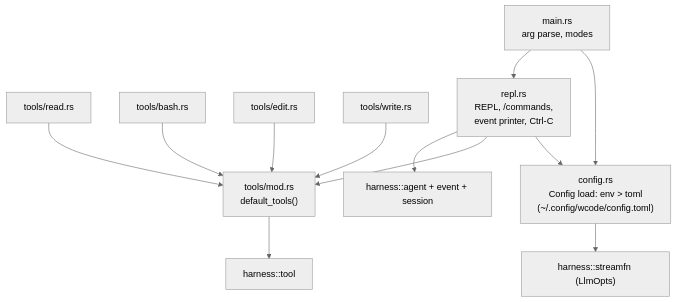
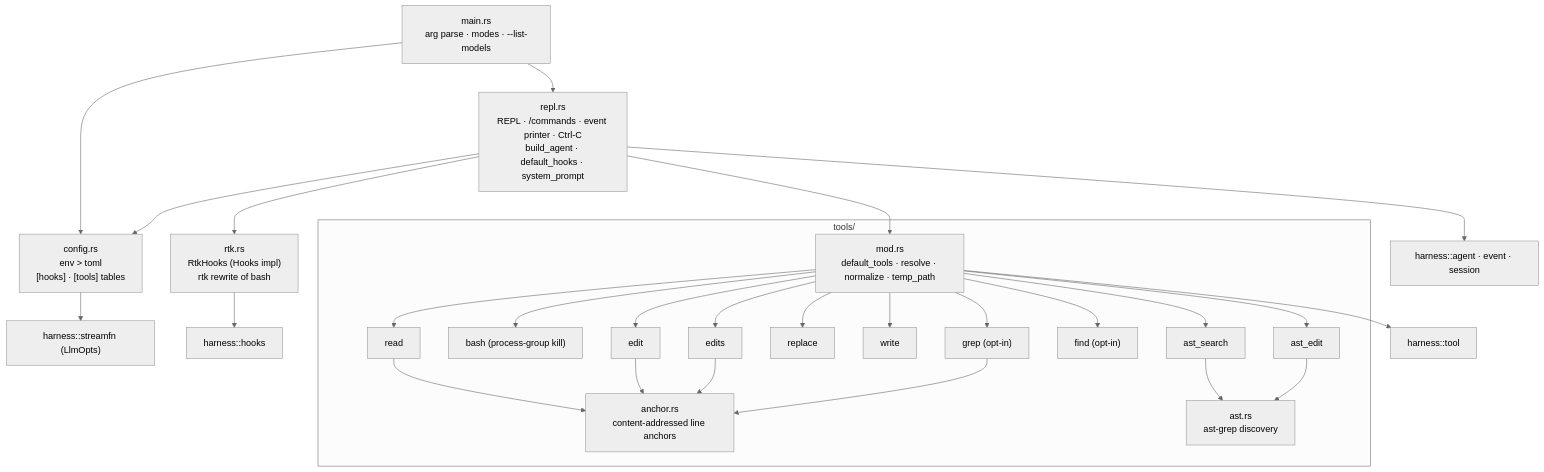
One commit to WeiNyn/wcode changed the second of 2 diagrams in docs/DEPENDENCY_GRAPH.md. Above: the diagram before and after it, drawn with Mermaid (neutral theme). The commit also changed other lines of this file, not shown here.

Commit message:
docs: refresh the dependency graph
The CLI module graph still listed only read/bash/edit/write. Expand it to the
current tool set (edits/replace, opt-in grep/find, ast_search/ast_edit, rtk
hook), add the config -> hooks/tools wiring plus default_hooks/build_agent, and
fix the external-deps table: thiserror is harness-only (LoopError), and add
regex/walkdir/globset/libc.

````diff
--- a/docs/DEPENDENCY_GRAPH.md
+++ b/docs/DEPENDENCY_GRAPH.md
@@ -64,23 +64,51 @@
 ```mermaid
 graph TD
-    config["config.rs<br/>Config load: env > toml<br/>(~/.config/wcode/config.toml)"]
-    read["tools/read.rs"]
-    bash["tools/bash.rs"]
-    edit["tools/edit.rs"]
-    write["tools/write.rs"]
-    toolsmod["tools/mod.rs<br/>default_tools()"]
-    repl["repl.rs<br/>REPL, /commands,<br/>event printer, Ctrl-C"]
-    main["main.rs<br/>arg parse, modes"]
+    main["main.rs<br/>arg parse · modes · --list-models"]
+    config["config.rs<br/>env > toml<br/>[hooks] · [tools] tables"]
+    repl["repl.rs<br/>REPL · /commands · event printer · Ctrl-C<br/>build_agent · default_hooks · system_prompt"]
+    rtk["rtk.rs<br/>RtkHooks (Hooks impl)<br/>rtk rewrite of bash"]
 
-    read --> toolsmod
-    bash --> toolsmod
-    edit --> toolsmod
-    write --> toolsmod
-    toolsmod --> tool["harness::tool"]
-    config --> llm["harness::streamfn (LlmOpts)"]
-    repl --> config
-    repl --> toolsmod
-    repl --> agent["harness::agent + event + session"]
+    subgraph tools["tools/"]
+        toolsmod["mod.rs<br/>default_tools · resolve · normalize · temp_path"]
+        anchor["anchor.rs<br/>content-addressed line anchors"]
+        read["read"]
+        bash["bash (process-group kill)"]
+        edit["edit"]
+        edits["edits"]
+        replace["replace"]
+        write["write"]
+        grep["grep (opt-in)"]
+        find["find (opt-in)"]
+        ast["ast.rs<br/>ast-grep discovery"]
+        asts["ast_search"]
+        aste["ast_edit"]
+    end
+
     main --> config
     main --> repl
+    repl --> config
+    repl --> rtk
+    repl --> toolsmod
+    repl --> agent["harness::agent · event · session"]
+
+    toolsmod --> read
+    toolsmod --> bash
+    toolsmod --> edit
+    toolsmod --> edits
+    toolsmod --> replace
+    toolsmod --> write
+    toolsmod --> grep
+    toolsmod --> find
+    toolsmod --> asts
+    toolsmod --> aste
+    read --> anchor
+    edit --> anchor
+    edits --> anchor
+    grep --> anchor
+    asts --> ast
+    aste --> ast
+
+    toolsmod --> tool["harness::tool"]
+    rtk --> hooks["harness::hooks"]
+    config --> llm["harness::streamfn (LlmOpts)"]
 ```
````
